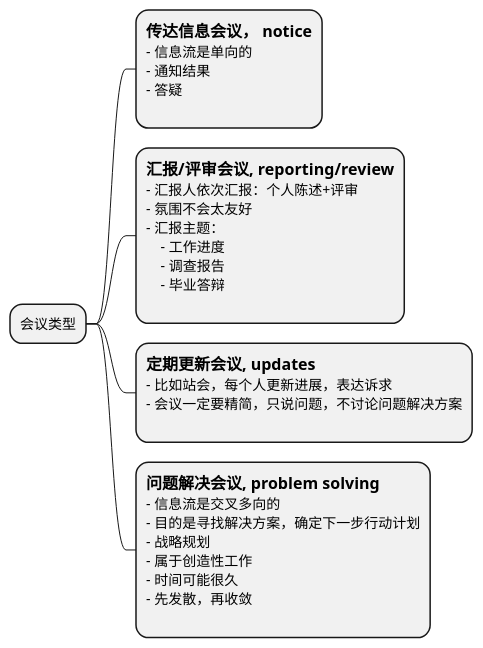
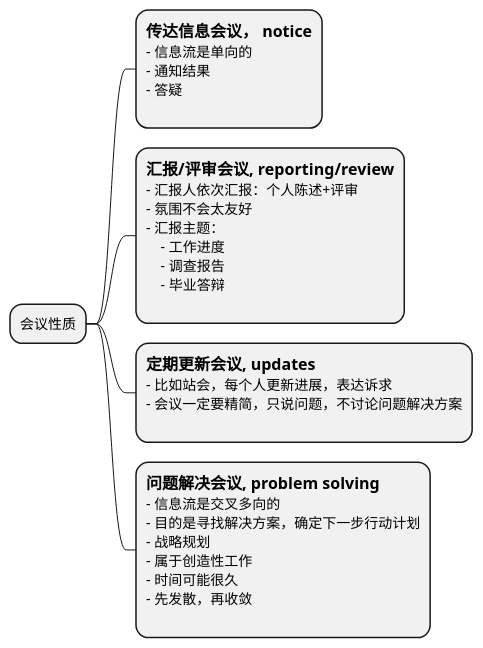
Before and after one commit to lem-org/lem-org.github.io: the ninth of 9 diagrams in content/insights/what_is_agile/index.zh-cn.raw.md, drawn with PlantUML. The commit also changed other lines of this file, not shown here.

Commit message:
feat: update What is Agile?

````diff
--- a/content/insights/what_is_agile/index.zh-cn.raw.md
+++ b/content/insights/what_is_agile/index.zh-cn.raw.md
@@ -428,35 +427,35 @@
 ```plantuml
 @startmindmap
-* 会议类型
+* 会议性质
 
 **:==传达信息会议， notice
 - 信息流是单向的
 - 通知结果
 - 答疑
 ;
 
 **:==汇报/评审会议, reporting/review
 - 汇报人依次汇报：个人陈述+评审
 - 氛围不会太友好
 - 汇报主题：
     - 工作进度
     - 调查报告
     - 毕业答辩
 ;
 
 **:==定期更新会议, updates
 - 比如站会，每个人更新进展，表达诉求
 - 会议一定要精简，只说问题，不讨论问题解决方案
 ;
 
 **:==问题解决会议, problem solving
 - 信息流是交叉多向的
 - 目的是寻找解决方案，确定下一步行动计划
 - 战略规划
 - 属于创造性工作
 - 时间可能很久
 - 先发散，再收敛
 ;
 
 @endmindmap
 ```
````
